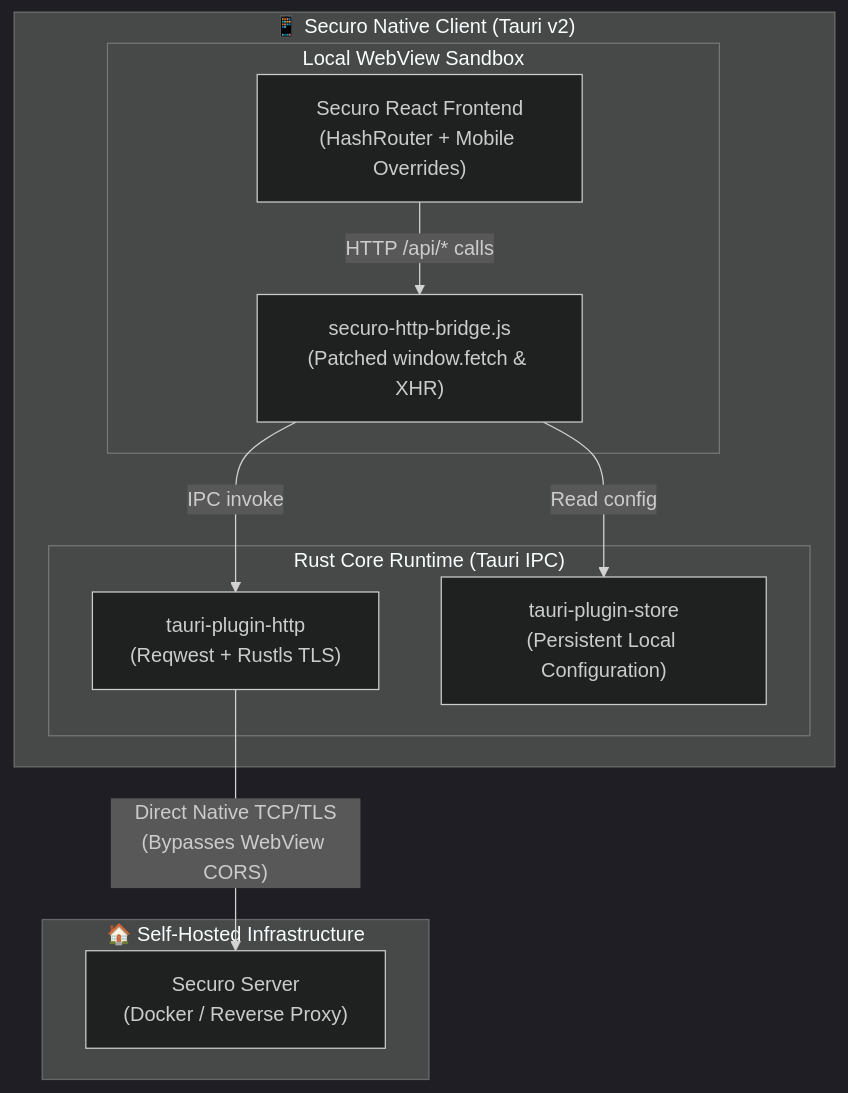
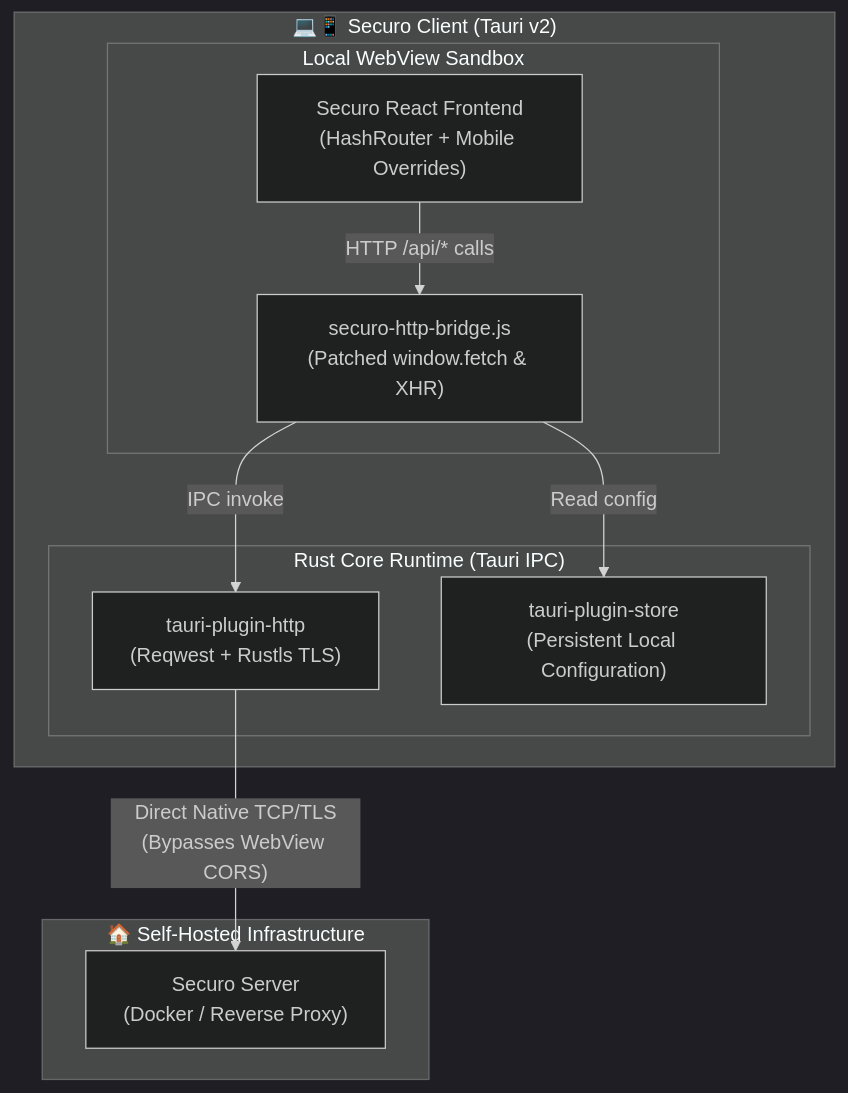
Before and after one commit to Marcelo-maga/securo-client: the diagram in README.md, drawn with Mermaid (dark theme). The commit also changed other lines of this file and 17 other files, not shown here.

Commit message:
chore: alter project name to securo-client

````diff
--- a/README.md
+++ b/README.md
@@ -58,23 +59,23 @@
 ```mermaid
 flowchart TD
-    subgraph MobileApp["📱 Securo Native Client (Tauri v2)"]
+    subgraph ClientApp["💻📱 Securo Client (Tauri v2)"]
         subgraph WebView["Local WebView Sandbox"]
             UI["Securo React Frontend\n(HashRouter + Mobile Overrides)"]
             Bridge["securo-http-bridge.js\n(Patched window.fetch & XHR)"]
             UI -->|"HTTP /api/* calls"| Bridge
         end
 
         subgraph RustCore["Rust Core Runtime (Tauri IPC)"]
             PluginHttp["tauri-plugin-http\n(Reqwest + Rustls TLS)"]
             Store["tauri-plugin-store\n(Persistent Local Configuration)"]
             Bridge -->|"IPC invoke"| PluginHttp
             Bridge -->|"Read config"| Store
         end
     end
 
     subgraph Homelab["🏠 Self-Hosted Infrastructure"]
         Server["Securo Server\n(Docker / Reverse Proxy)"]
     end
 
     PluginHttp -->|"Direct Native TCP/TLS\n(Bypasses WebView CORS)"| Server
 ```
````
